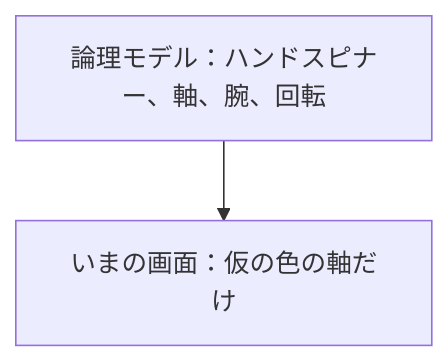
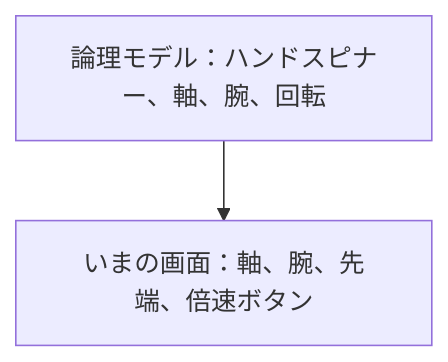
The first of 3 diagrams in spinner/ドキュメント/ER図.md (pfgnsb/hand-spinner), drawn with Mermaid before and after one commit. The commit also changed other lines of this file and 7 other files, not shown here.

````diff
--- a/spinner/ドキュメント/ER図.md
+++ b/spinner/ドキュメント/ER図.md
@@ -29,4 +29,4 @@
 ```mermaid
 flowchart TD
-  domain[論理モデル：ハンドスピナー、軸、腕、回転] --> screen["いまの画面：仮の色の軸だけ"]
+  domain[論理モデル：ハンドスピナー、軸、腕、回転] --> screen["いまの画面：軸、腕、先端、倍速ボタン"]
 ```
````
